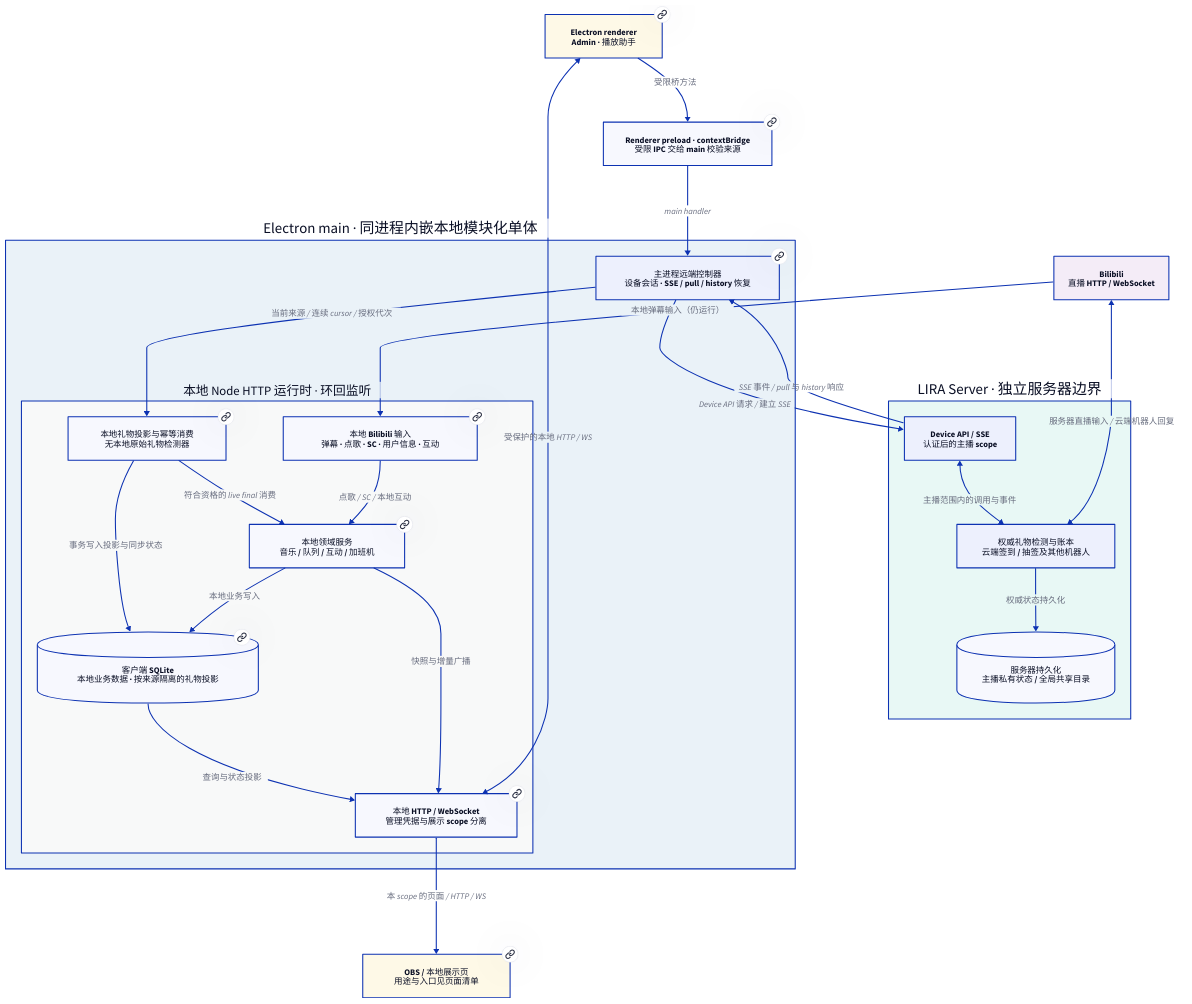
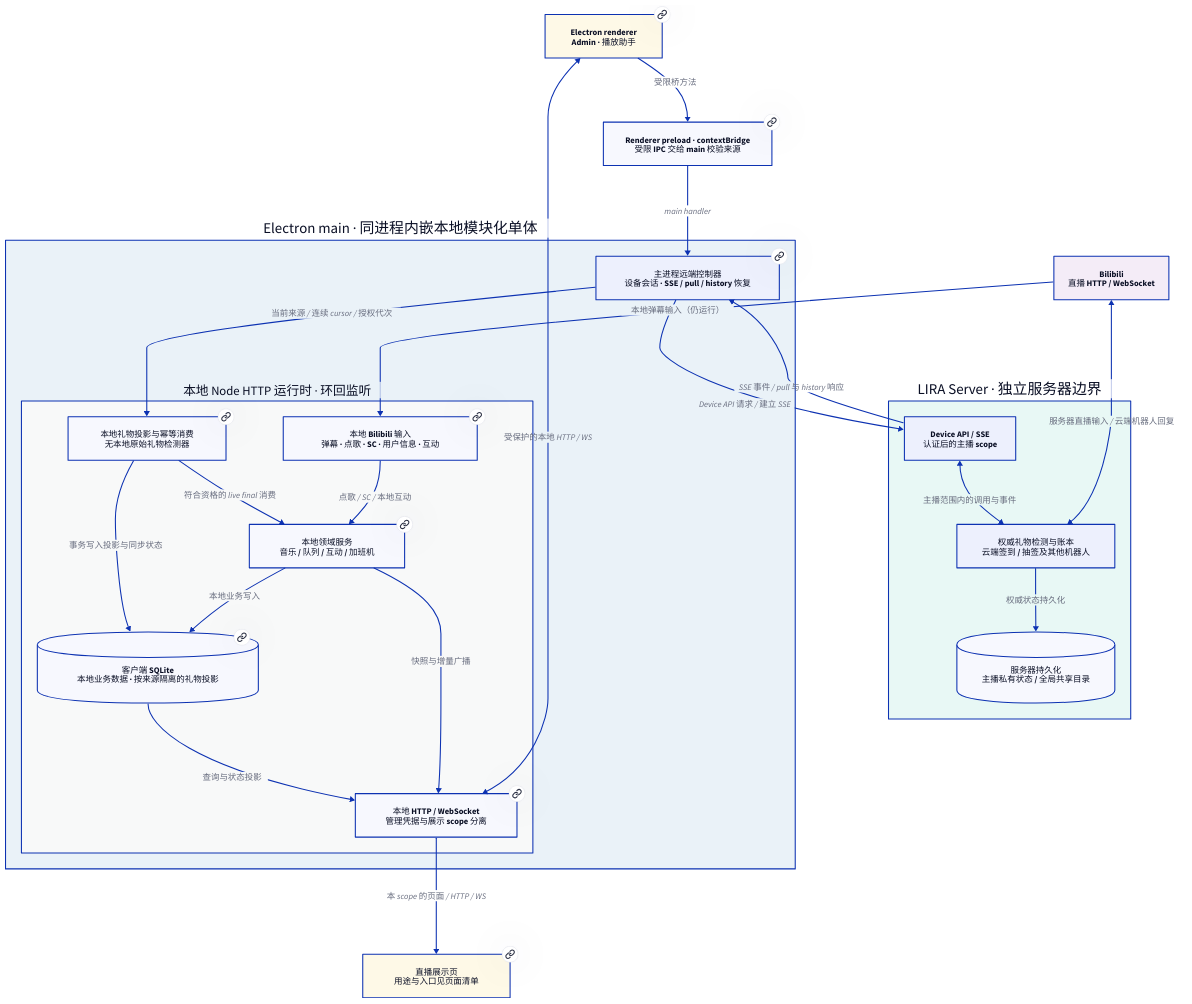
Before and after one commit to AuroraWhisperer/LIRA: the diagram in docs/architecture/diagrams/components.d2, drawn with D2. The commit also changed 86 other files, not shown here.

```diff
--- a/docs/architecture/diagrams/components.d2
+++ b/docs/architecture/diagrams/components.d2
@@ -1,54 +1,54 @@
 # LIRA · 组件、进程与跨端连接
 # 渲染: d2 --pad 24 components.d2 components.svg
 # PNG: 用已有 Playwright Chromium 加载生成的 SVG，viewport 取根 viewBox 宽高，白底截图。
 # D2 0.7.1 内置 PNG 驱动下载已失效；SVG 不依赖该驱动。
 # 精确注册表通过节点链接访问；图中不重复维护端点、通道、字段或表数量。
 direction: down
 
 renderer: {
   label: "Electron renderer\nAdmin · 播放助手"
   link: ../frontend/pages.md
   style.fill: "#fef9e7"
 }
 bridge: {label: "Renderer preload · contextBridge\n受限 IPC 交给 main 校验来源"; link: ../desktop/preload.md}
 desktop: {
   label: "Electron main · 同进程内嵌本地模块化单体"
   style.fill: "#eaf2f8"
   main: {label: "主进程远端控制器\n设备会话 · SSE / pull / history 恢复"; link: ../desktop/main.md}
   backend: {
     label: "本地 Node HTTP 运行时 · 环回监听"
     style.fill: "#f8f9f9"
     transport: {label: "本地 HTTP / WebSocket\n管理凭据与展示 scope 分离"; link: ../backend/server-core.md}
     bili: {label: "本地 Bilibili 输入\n弹幕 · 点歌 · SC · 用户信息 · 互动"; link: ../backend/bilibili/danmaku.md}
     local: {label: "本地领域服务\n音乐 / 队列 / 互动 / 加班机"; link: ../backend/music/services.md}
     projection: {label: "本地礼物投影与幂等消费\n无本地原始礼物检测器"; link: ../backend/bilibili/gift.md}
     store: {label: "客户端 SQLite\n本地业务数据 · 按来源隔离的礼物投影"; shape: cylinder; link: ../backend/storage.md}
   }
 }
 server: {
   label: "LIRA Server · 独立服务器边界"
   style.fill: "#e8f8f5"
   device: {label: "Device API / SSE\n认证后的主播 scope"}
   domains: {label: "权威礼物检测与账本\n云端签到 / 抽签及其他机器人"}
   store: {label: "服务器持久化\n主播私有状态 / 全局共享目录"; shape: cylinder}
 }
-obs: {label: "OBS / 本地展示页\n用途与入口见页面清单"; link: ../frontend/pages.md; style.fill: "#fef9e7"}
+obs: {label: "直播展示页\n用途与入口见页面清单"; link: ../frontend/pages.md; style.fill: "#fef9e7"}
 bilibili: {label: "Bilibili\n直播 HTTP / WebSocket"; style.fill: "#f4ecf7"}
 
 renderer -> bridge: "受限桥方法"
 bridge -> desktop.main: "main handler"
 desktop.main -> server.device: "Device API 请求 / 建立 SSE"
 server.device -> desktop.main: "SSE 事件 / pull 与 history 响应"
 server.device <-> server.domains: "主播范围内的调用与事件"
 server.domains -> server.store: "权威状态持久化"
 desktop.main -> desktop.backend.projection: "当前来源 / 连续 cursor / 授权代次"
 desktop.backend.projection -> desktop.backend.store: "事务写入投影与同步状态"
 desktop.backend.projection -> desktop.backend.local: "符合资格的 live final 消费"
 desktop.backend.store -> desktop.backend.transport: "查询与状态投影"
 desktop.backend.local -> desktop.backend.transport: "快照与增量广播"
 renderer <-> desktop.backend.transport: "受保护的本地 HTTP / WS"
 desktop.backend.transport -> obs: "本 scope 的页面 / HTTP / WS"
 bilibili -> desktop.backend.bili: "本地弹幕输入（仍运行）"
 desktop.backend.bili -> desktop.backend.local: "点歌 / SC / 本地互动"
 desktop.backend.local -> desktop.backend.store: "本地业务写入"
 bilibili <-> server.domains: "服务器直播输入 / 云端机器人回复"
```
